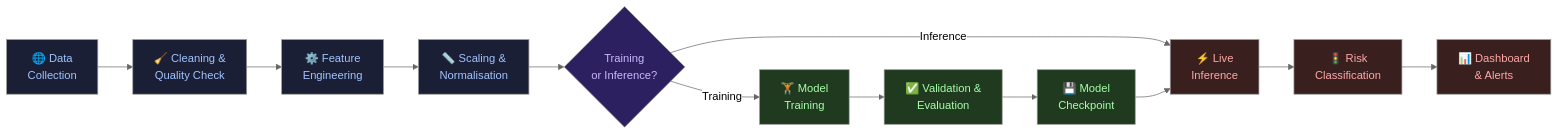
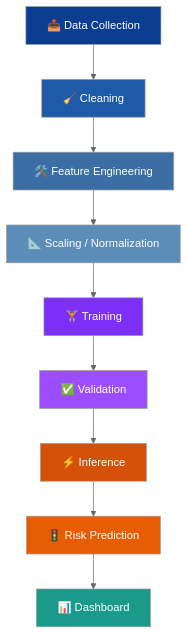
One commit to neil-data/Astra changed the second of 3 diagrams in README.md. Above: the diagram before and after it, drawn with Mermaid (neutral theme). The commit also changed other lines of this file, not shown here.

````diff
--- a/README.md
+++ b/README.md
@@ -725,28 +326,21 @@
 ```mermaid
-flowchart LR
-    A[🌐 Data\nCollection] --> B[🧹 Cleaning &\nQuality Check]
-    B --> C[⚙️ Feature\nEngineering]
-    C --> D[📏 Scaling &\nNormalisation]
-    D --> E{Training\nor Inference?}
+flowchart TD
+    A[📥 Data Collection] --> B[🧹 Cleaning]
+    B --> C[🛠️ Feature Engineering]
+    C --> D[📐 Scaling / Normalization]
+    D --> E[🏋️ Training]
+    E --> F[✅ Validation]
+    F --> G[⚡ Inference]
+    G --> H[🚦 Risk Prediction]
+    H --> I[📊 Dashboard]
 
-    E -- Training --> F[🏋️ Model\nTraining]
-    F --> G[✅ Validation &\nEvaluation]
-    G --> H[💾 Model\nCheckpoint]
-
-    E -- Inference --> I[⚡ Live\nInference]
-    H --> I
-    I --> J[🚦 Risk\nClassification]
-    J --> K[📊 Dashboard\n& Alerts]
-
-    style A fill:#1a1f36,color:#a0c4ff
-    style B fill:#1a1f36,color:#a0c4ff
-    style C fill:#1a1f36,color:#a0c4ff
-    style D fill:#1a1f36,color:#a0c4ff
-    style E fill:#2d2060,color:#c9b8ff
-    style F fill:#1f3a1f,color:#a8ffa8
-    style G fill:#1f3a1f,color:#a8ffa8
-    style H fill:#1f3a1f,color:#a8ffa8
-    style I fill:#3a1f1f,color:#ffa8a8
-    style J fill:#3a1f1f,color:#ffa8a8
-    style K fill:#3a1f1f,color:#ffa8a8
+    style A fill:#0B3D91,color:#fff
+    style B fill:#1E5AA8,color:#fff
+    style C fill:#3A6EA5,color:#fff
+    style D fill:#5B8DB8,color:#fff
+    style E fill:#7B2FF7,color:#fff
+    style F fill:#9B4DFF,color:#fff
+    style G fill:#D65108,color:#fff
+    style H fill:#E85D04,color:#fff
+    style I fill:#1B998B,color:#fff
 ```
````
